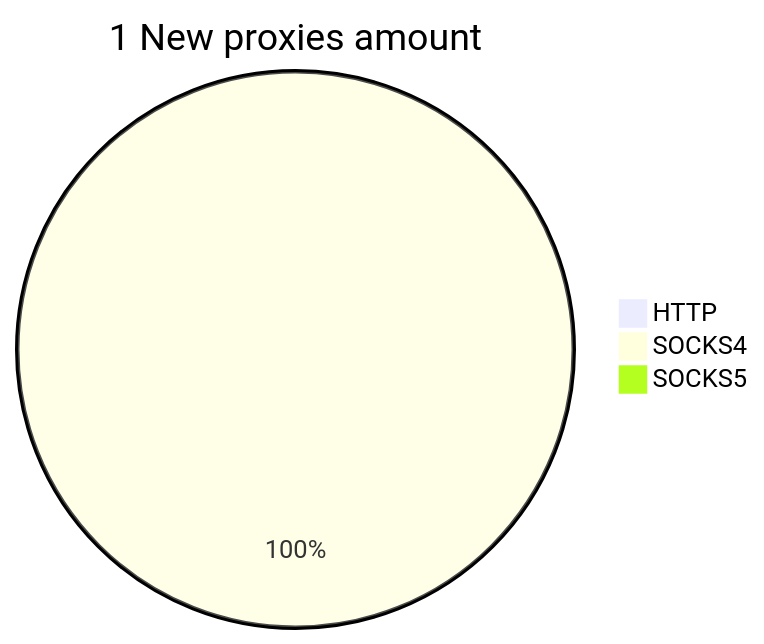
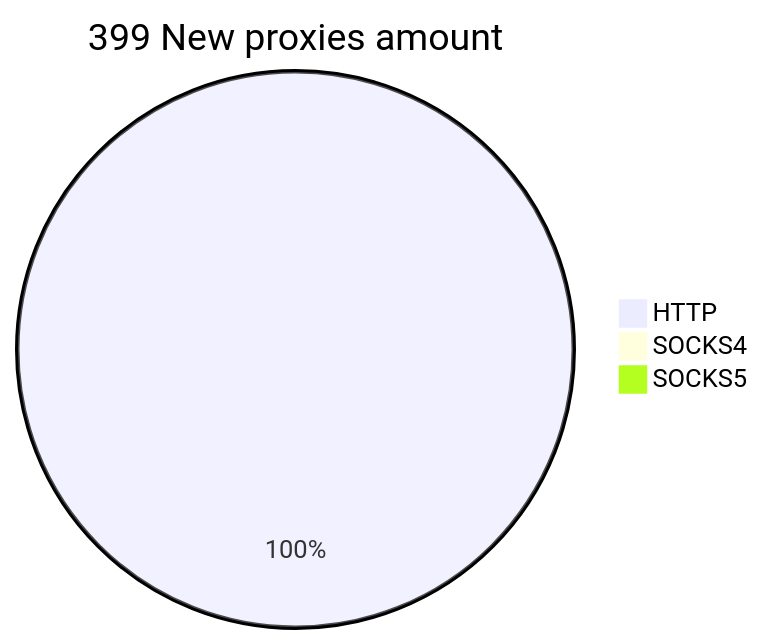
One commit to cutipu/proxylist changed the second of 2 diagrams in README.md. Above: the diagram before and after it, drawn with Mermaid. The commit also changed other lines of this file, not shown here.

````diff
--- a/README.md
+++ b/README.md
@@ -10,6 +10,6 @@
 ```mermaid
-pie title 1 New proxies amount
-    "HTTP" : 0
-    "SOCKS4" : 1
+pie title 399 New proxies amount
+    "HTTP" : 399
+    "SOCKS4" : 0
     "SOCKS5" : 0
 ```
````
